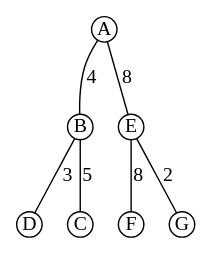
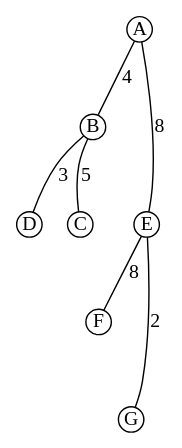
The diagram in graph/Final1_2.dot (microtherion/FD1_HS13_U1_GKMN), drawn with Graphviz before and after one commit. The commit also changed 2 other files, not shown here.

```diff
--- a/graph/Final1_2.dot
+++ b/graph/Final1_2.dot
@@ -1,9 +1,12 @@
 graph Demo {
       node [height=0.25,width=0.25,fixedsize=true]
       A -- B [label="4"]
       A -- E [label="8"]
+      B -- E [label="10", style="invis"]
       B -- D [label="3"]
       B -- C [label="5"]
+      C -- F [label="8", style="invis"]
       E -- F [label="8"]
       E -- G [label="2"]
+      F -- G [label="11", style="invis"] 
 }
```
